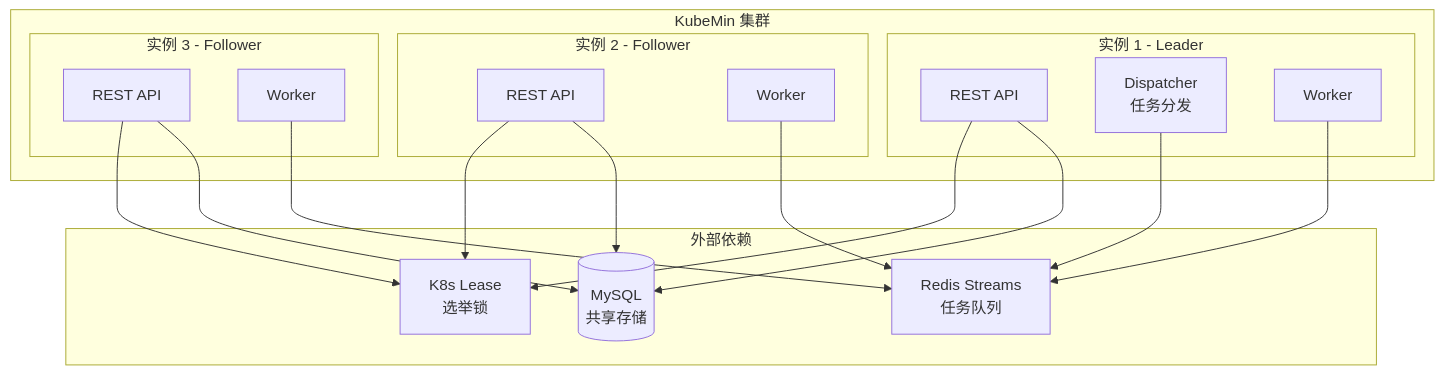
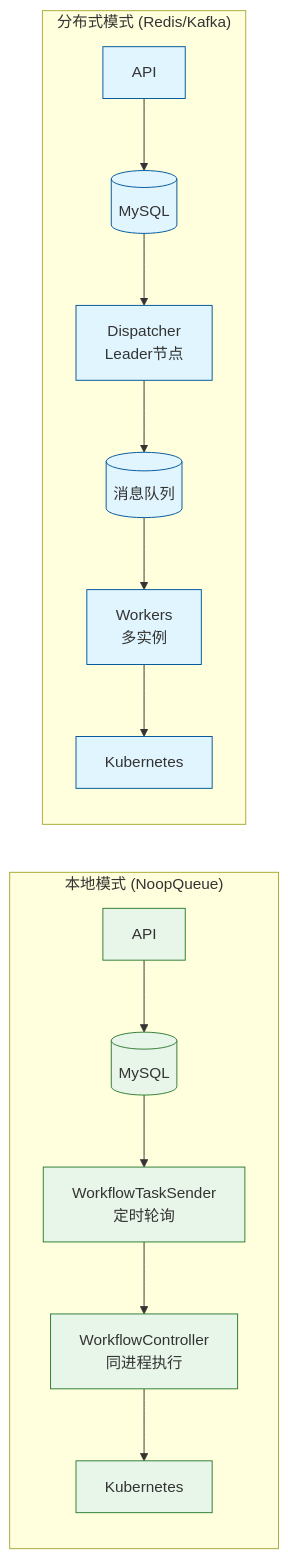
One commit to SilentEchoe/KubeMin-Cli changed diagram 11 of 18 in docs/architecture-diagrams.md. Above: the diagram before and after it, drawn with Mermaid. The commit also changed other lines of this file and 33 other files, not shown here.

````diff
--- a/docs/architecture-diagrams.md
+++ b/docs/architecture-diagrams.md
@@ -534,39 +590,25 @@
 ```mermaid
-graph TB
-    subgraph Cluster [KubeMin 集群]
-        subgraph Instance1 [实例 1 - Leader]
-            L_API1[REST API]
-            L_Dispatcher[Dispatcher<br/>任务分发]
-            L_Worker1[Worker]
-        end
-
-        subgraph Instance2 [实例 2 - Follower]
-            F_API2[REST API]
-            F_Worker2[Worker]
-        end
-
-        subgraph Instance3 [实例 3 - Follower]
-            F_API3[REST API]
-            F_Worker3[Worker]
-        end
+flowchart LR
+    subgraph Local["本地模式 (NoopQueue)"]
+        direction TB
+        L_API[API] --> L_DB[(MySQL)]
+        L_DB --> L_Sender[WorkflowTaskSender<br/>定时轮询]
+        L_Sender --> L_Controller[WorkflowController<br/>同进程执行]
+        L_Controller --> L_K8s[Kubernetes]
+    end
+    
+    subgraph Distributed["分布式模式 (Redis/Kafka)"]
+        direction TB
+        D_API[API] --> D_DB[(MySQL)]
+        D_DB --> D_Dispatcher[Dispatcher<br/>Leader节点]
+        D_Dispatcher --> D_Queue[(消息队列)]
+        D_Queue --> D_Workers[Workers<br/>多实例]
+        D_Workers --> D_K8s[Kubernetes]
     end
 
-    subgraph External [外部依赖]
-        K8s_Lease[K8s Lease<br/>选举锁]
-        Redis_Q[Redis Streams<br/>任务队列]
-        MySQL_DB[(MySQL<br/>共享存储)]
-    end
+    classDef local fill:#e8f5e9,stroke:#2e7d32
+    classDef distributed fill:#e1f5fe,stroke:#01579b
 
-    L_API1 --> K8s_Lease
-    F_API2 --> K8s_Lease
-    F_API3 --> K8s_Lease
-
-    L_Dispatcher --> Redis_Q
-    L_Worker1 --> Redis_Q
-    F_Worker2 --> Redis_Q
-    F_Worker3 --> Redis_Q
-
-    L_API1 --> MySQL_DB
-    F_API2 --> MySQL_DB
-    F_API3 --> MySQL_DB
+    class L_API,L_DB,L_Sender,L_Controller,L_K8s local
+    class D_API,D_DB,D_Dispatcher,D_Queue,D_Workers,D_K8s distributed
 ```
````
